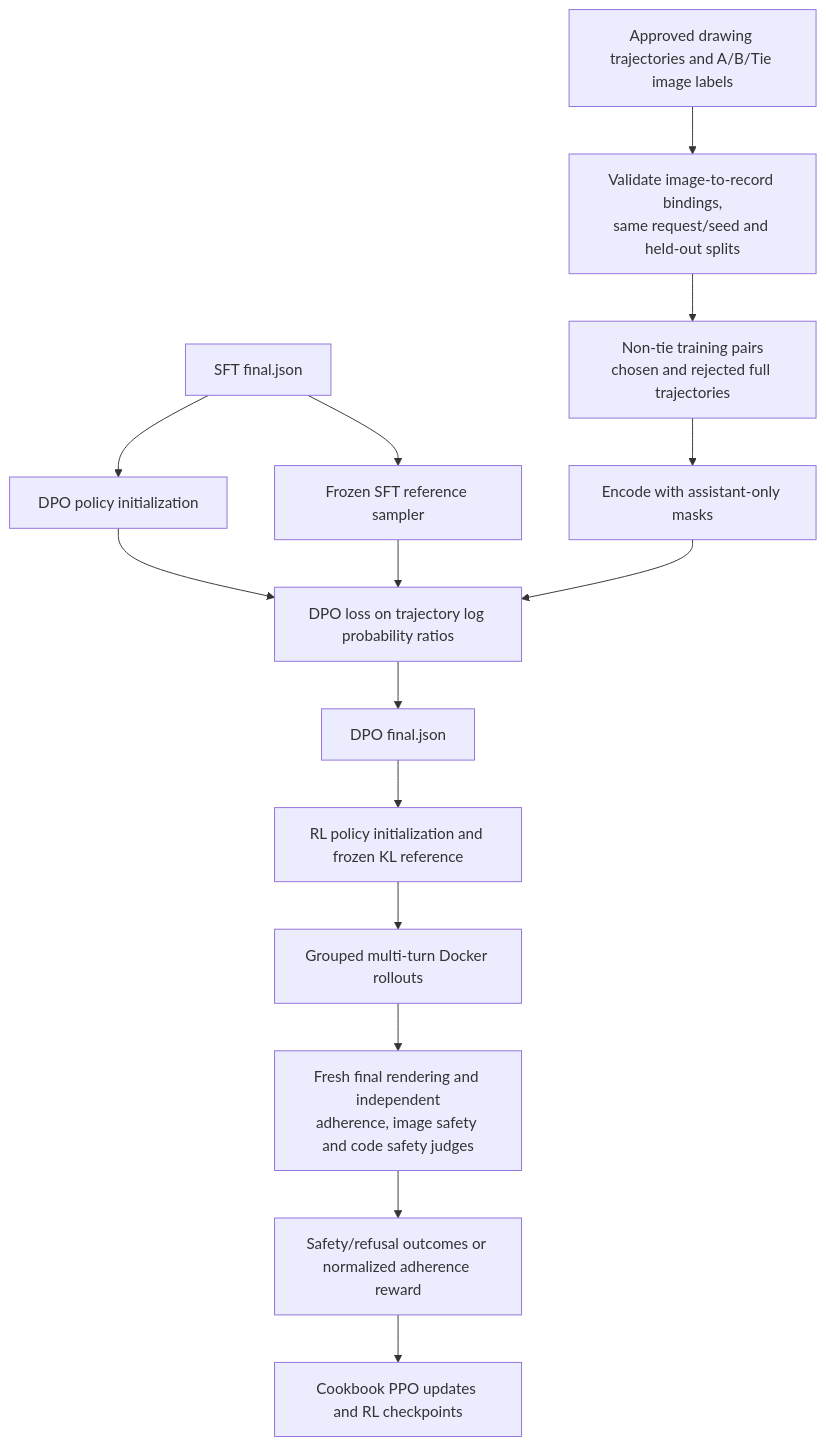
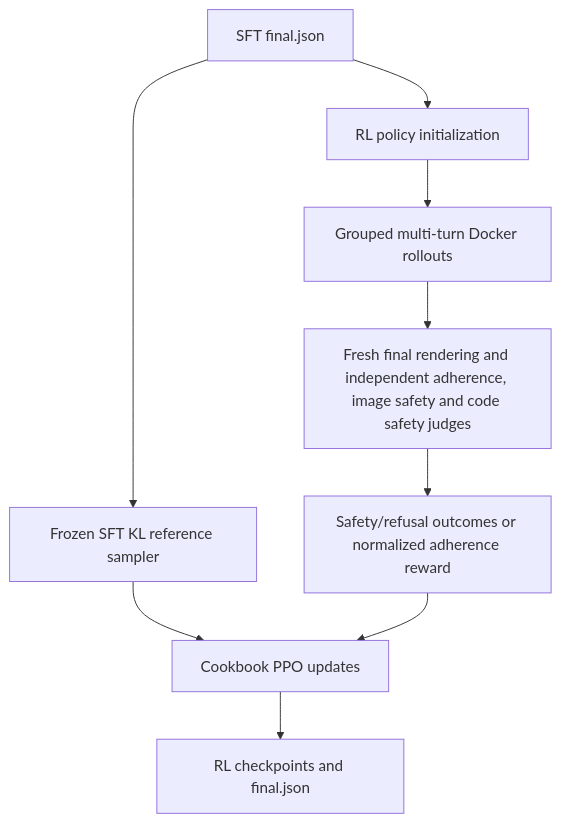
The fifth of 5 diagrams in docs/pipeline-diagrams.md (RashikShahjahan/artsy-fartsy), drawn with Mermaid before and after one commit. The commit also changed other lines of this file and 31 other files, not shown here.

Commit message:
Remove DPO stage and initialize GRPO directly from SFT

````diff
--- a/docs/pipeline-diagrams.md
+++ b/docs/pipeline-diagrams.md
@@ -160,17 +160,11 @@
 ```mermaid
 flowchart TD
-    A[SFT final.json] --> B[DPO policy initialization]
-    A --> C[Frozen SFT reference sampler]
-    D[Approved drawing trajectories and A/B/Tie image labels] --> E[Validate image-to-record bindings,<br/>same request/seed and held-out splits]
-    E --> F[Non-tie training pairs<br/>chosen and rejected full trajectories]
-    F --> G[Encode with assistant-only masks]
-    B --> H[DPO loss on trajectory log probability ratios]
-    C --> H
-    G --> H
-    H --> I[DPO final.json]
-    I --> J[RL policy initialization and frozen KL reference]
-    J --> K[Grouped multi-turn Docker rollouts]
-    K --> L[Fresh final rendering and independent<br/>adherence, image safety and code safety judges]
-    L --> M[Safety/refusal outcomes or normalized adherence reward]
-    M --> N[Cookbook PPO updates and RL checkpoints]
+    A[SFT final.json] --> B[RL policy initialization]
+    A --> C[Frozen SFT KL reference sampler]
+    B --> D[Grouped multi-turn Docker rollouts]
+    D --> E[Fresh final rendering and independent adherence, image safety and code safety judges]
+    E --> F[Safety/refusal outcomes or normalized adherence reward]
+    C --> G[Cookbook PPO updates]
+    F --> G
+    G --> H[RL checkpoints and final.json]
 ```
````
